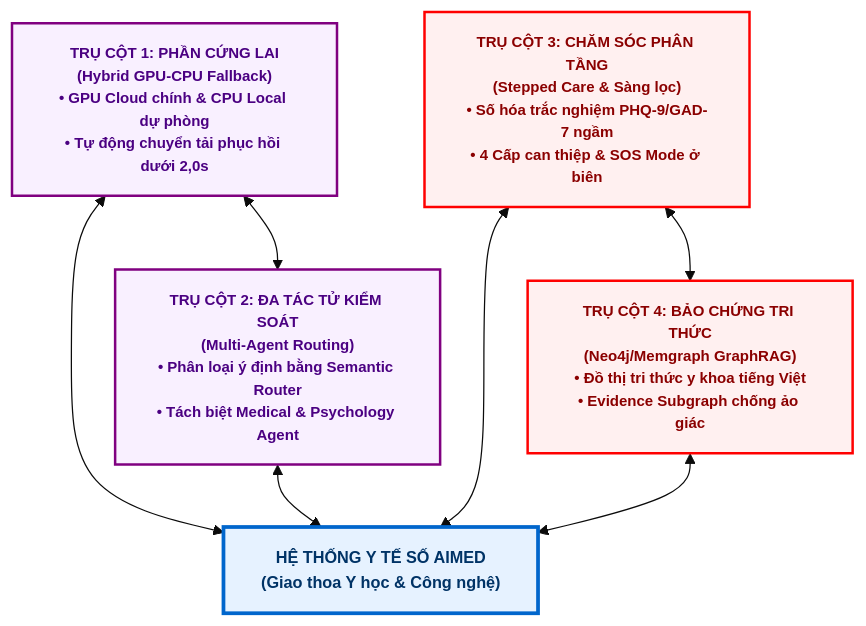
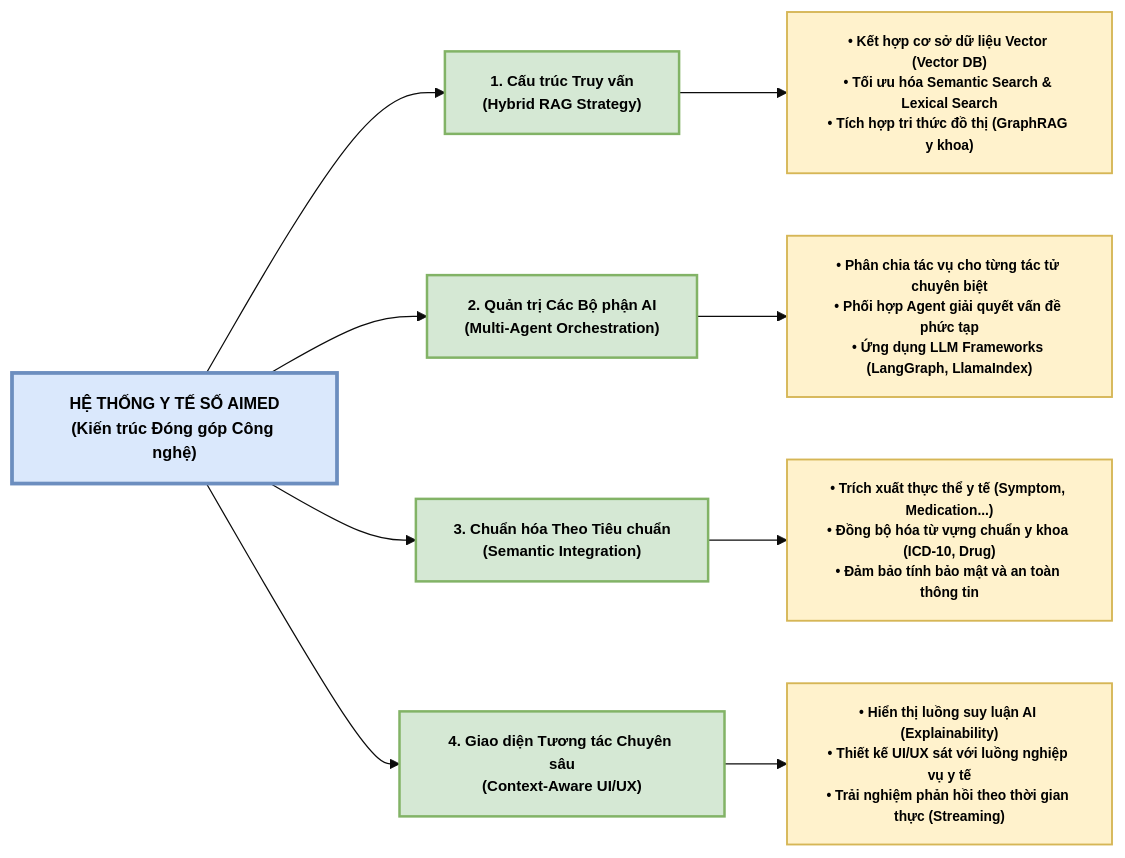
Before and after one commit to caonguyenthanhan/aimed: the diagram in hieu_chinh.md, drawn with Mermaid (base theme).

Commit message:
Update original mindmap in hieu_chinh.md to a vertically optimized Left-to-Right stacked layout

````diff
--- a/hieu_chinh.md
+++ b/hieu_chinh.md
@@ -15,27 +15,30 @@
 ```mermaid
-flowchart TD
+flowchart LR
     %% Định nghĩa phong cách hiển thị màu sắc trực quan
-    classDef main fill:#E6F2FF,stroke:#0066CC,stroke-width:3px,font-weight:bold,color:#003366,font-size:13px;
-    classDef tech fill:#F9F0FF,stroke:#800080,stroke-width:2px,font-weight:bold,color:#4B0082,font-size:12px;
-    classDef med fill:#FFF0F0,stroke:#FF0000,stroke-width:2px,font-weight:bold,color:#8B0000,font-size:12px;
+    classDef root fill:#dae8fc,stroke:#6c8ebf,stroke-width:3px,color:#000,font-weight:bold,font-size:13px;
+    classDef level1 fill:#d5e8d4,stroke:#82b366,stroke-width:2px,color:#000,font-weight:bold,font-size:12px;
+    classDef level2 fill:#fff2cc,stroke:#d6b656,stroke-width:1.5px,color:#000,font-size:11px;
 
-    %% Các nút Trụ cột
-    P1["TRỤ CỘT 1: PHẦN CỨNG LAI<br/>(Hybrid GPU-CPU Fallback)<br/>• GPU Cloud chính & CPU Local dự phòng<br/>• Tự động chuyển tải phục hồi dưới 2,0s"]:::tech
+    %% Nút gốc
+    Root["HỆ THỐNG Y TẾ SỐ AIMED<br/>(Kiến trúc Đóng góp Công nghệ)"]:::root
+
+    %% Các nhánh chính (Level 1)
+    N1["1. Cấu trúc Truy vấn<br/>(Hybrid RAG Strategy)"]:::level1
+    N2["2. Quản trị Các Bộ phận AI<br/>(Multi-Agent Orchestration)"]:::level1
+    N3["3. Chuẩn hóa Theo Tiêu chuẩn<br/>(Semantic Integration)"]:::level1
+    N4["4. Giao diện Tương tác Chuyên sâu<br/>(Context-Aware UI/UX)"]:::level1
+
+    Root --> N1
+    Root --> N2
+    Root --> N3
+    Root --> N4
+
+    %% Các chi tiết dạng danh sách gộp (Giúp chữ to và bố cục đứng cực kỳ gọn trong Word)
+    N1 --> N1_detail["• Kết hợp cơ sở dữ liệu Vector (Vector DB)<br/>• Tối ưu hóa Semantic Search & Lexical Search<br/>• Tích hợp tri thức đồ thị (GraphRAG y khoa)"]:::level2
     
-    P2["TRỤ CỘT 2: ĐA TÁC TỬ KIỂM SOÁT<br/>(Multi-Agent Routing)<br/>• Phân loại ý định bằng Semantic Router<br/>• Tách biệt Medical & Psychology Agent"]:::tech
+    N2 --> N2_detail["• Phân chia tác vụ cho từng tác tử chuyên biệt<br/>• Phối hợp Agent giải quyết vấn đề phức tạp<br/>• Ứng dụng LLM Frameworks (LangGraph, LlamaIndex)"]:::level2
     
-    Central["HỆ THỐNG Y TẾ SỐ AIMED<br/>(Giao thoa Y học & Công nghệ)"]:::main
+    N3 --> N3_detail["• Trích xuất thực thể y tế (Symptom, Medication...)<br/>• Đồng bộ hóa từ vựng chuẩn y khoa (ICD-10, Drug)<br/>• Đảm bảo tính bảo mật và an toàn thông tin"]:::level2
     
-    P3["TRỤ CỘT 3: CHĂM SÓC PHÂN TẦNG<br/>(Stepped Care & Sàng lọc)<br/>• Số hóa trắc nghiệm PHQ-9/GAD-7 ngầm<br/>• 4 Cấp can thiệp & SOS Mode ở biên"]:::med
-    
-    P4["TRỤ CỘT 4: BẢO CHỨNG TRI THỨC<br/>(Neo4j/Memgraph GraphRAG)<br/>• Đồ thị tri thức y khoa tiếng Việt<br/>• Evidence Subgraph chống ảo giác"]:::med
-
-    %% Định hình bố cục đối xứng 2x2 giao thoa qua tâm
-    P1 <--> P2
-    P3 <--> P4
-    
-    P1 <--> Central
-    P2 <--> Central
-    P3 <--> Central
-    P4 <--> Central
+    N4 --> N4_detail["• Hiển thị luồng suy luận AI (Explainability)<br/>• Thiết kế UI/UX sát với luồng nghiệp vụ y tế<br/>• Trải nghiệm phản hồi theo thời gian thực (Streaming)"]:::level2
 ```
````
